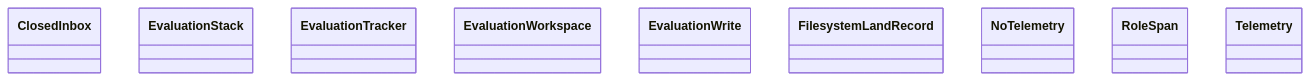
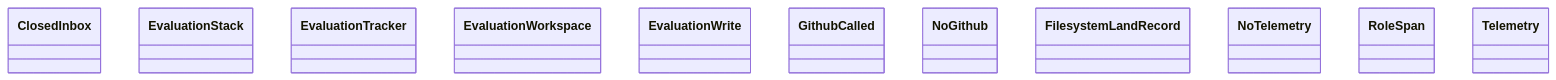
The diagram in docs/architecture/generated/classes-process-adapters-toplevel.md (GonzaloZevallos/agentic-system), drawn with Mermaid before and after one commit. The commit also changed 3 other files, not shown here.

Commit message:
Regenerate the architecture and CLI reference docs for stage0 smoke

````diff
--- a/docs/architecture/generated/classes-process-adapters-toplevel.md
+++ b/docs/architecture/generated/classes-process-adapters-toplevel.md
@@ -12,12 +12,14 @@
 ```mermaid
 classDiagram
     class evaluation__ClosedInbox["ClosedInbox"]
     class evaluation__EvaluationStack["EvaluationStack"]
     class evaluation__EvaluationTracker["EvaluationTracker"]
     class evaluation__EvaluationWorkspace["EvaluationWorkspace"]
     class evaluation__EvaluationWrite["EvaluationWrite"]
+    class offline__GithubCalled["GithubCalled"]
+    class offline__NoGithub["NoGithub"]
     class playbook_land_record__FilesystemLandRecord["FilesystemLandRecord"]
     class telemetry__NoTelemetry["NoTelemetry"]
     class telemetry__RoleSpan["RoleSpan"]
     class telemetry__Telemetry["Telemetry"]
 ```
````
